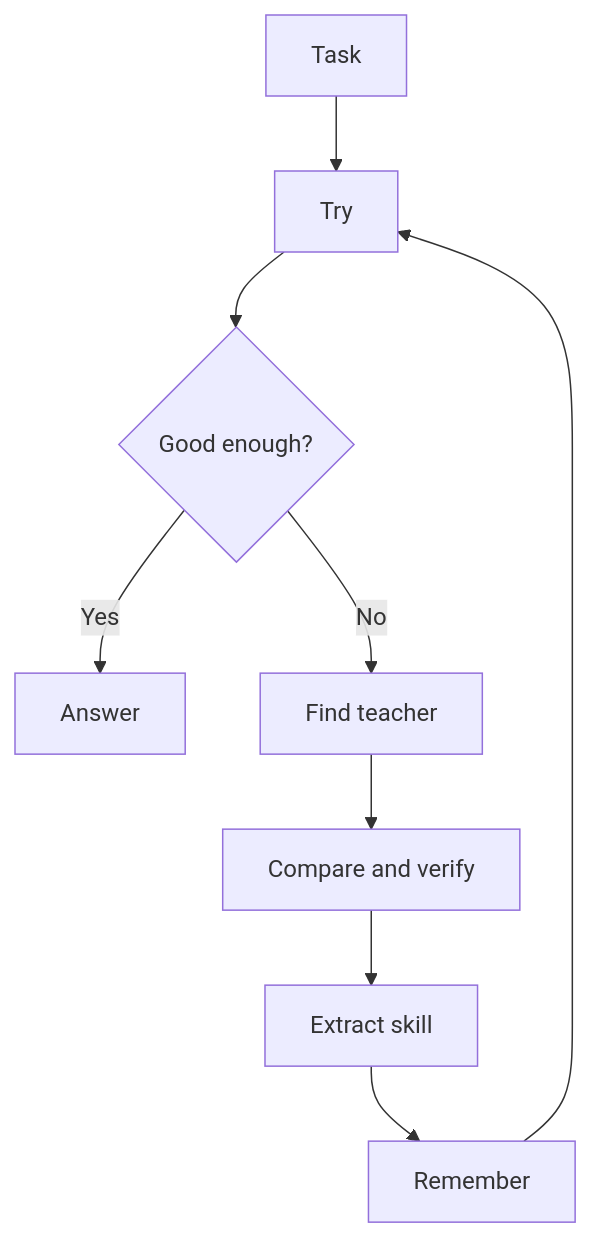
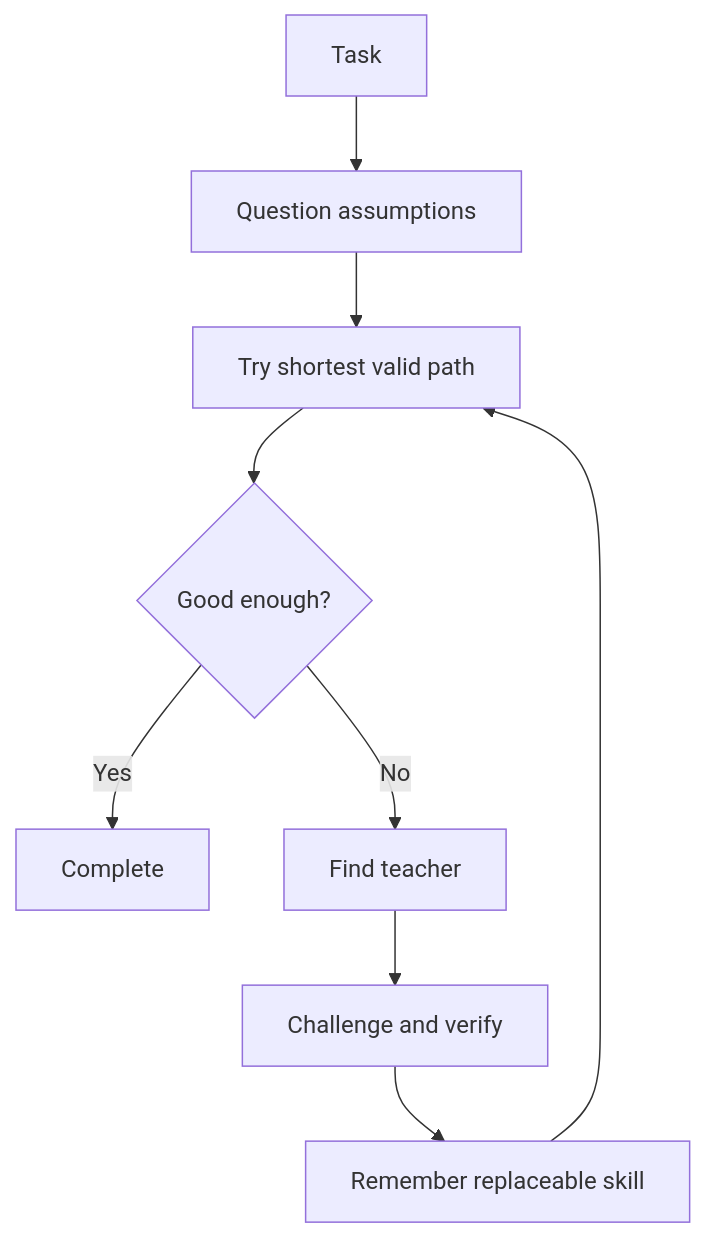
One commit to chenjiatong1989-pixel/AI-Apprentice changed the diagram in README.md. Above: the diagram before and after it, drawn with Mermaid. The commit also changed other lines of this file, not shown here.

````diff
--- a/README.md
+++ b/README.md
@@ -34,11 +35,11 @@
 ```mermaid
 flowchart TD
-    A[Task] --> B[Try]
-    B --> C{Good enough?}
-    C -- Yes --> D[Answer]
-    C -- No --> E[Find teacher]
-    E --> F[Compare and verify]
-    F --> G[Extract skill]
-    G --> H[Remember]
-    H --> B
+    A[Task] --> B[Question assumptions]
+    B --> C[Try shortest valid path]
+    C --> D{Good enough?}
+    D -- Yes --> E[Complete]
+    D -- No --> F[Find teacher]
+    F --> G[Challenge and verify]
+    G --> H[Remember replaceable skill]
+    H --> C
 ```
````
